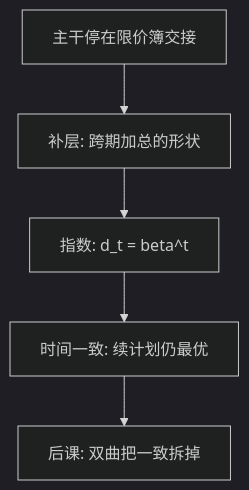
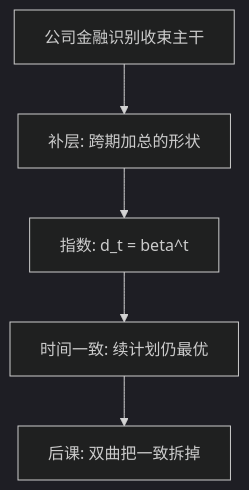
Before and after one commit to xhongduo-tech/xhongduo-tech.github.io: the diagram in docs/econ/exponential-discounting.md, drawn with Mermaid (dark theme). The commit also changed other lines of this file and 2401 other files, not shown here.

````diff
--- a/docs/econ/exponential-discounting.md
+++ b/docs/econ/exponential-discounting.md
@@ -32,7 +32,7 @@
 ```mermaid
 flowchart TD
-  STOP["主干停在限价簿交接"] --> SUP["补层: 跨期加总的形状"]
+  STOP["公司金融识别收束主干"] --> SUP["补层: 跨期加总的形状"]
   SUP --> EXP["指数: d_t = beta^t"]
   EXP --> TC["时间一致: 续计划仍最优"]
   TC --> LATER["后课: 双曲把一致拆掉"]
 ```
````
